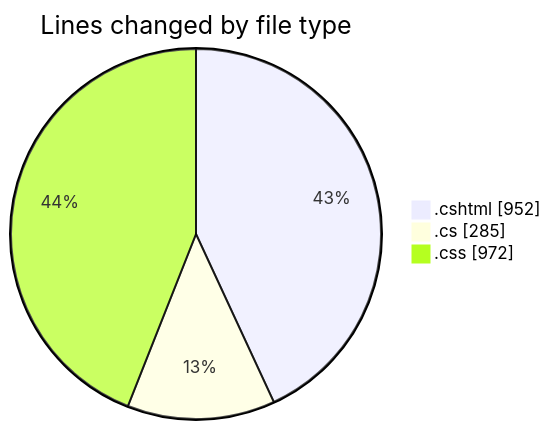
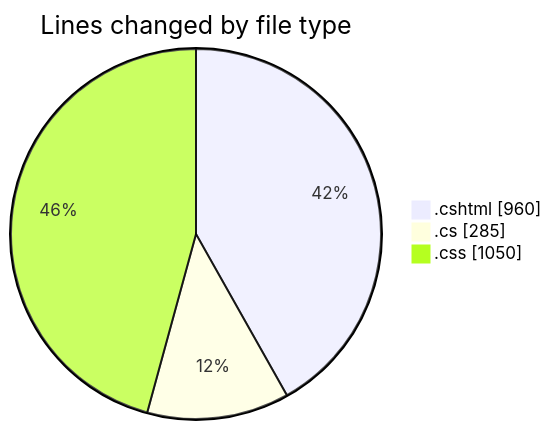
Before and after one commit to lephambinh05/code-tracking: the first of 2 diagrams in 2025-07-18/nhahang/README.md, drawn with Mermaid. The commit also changed other lines of this file and 1 other file, not shown here.

````diff
--- a/2025-07-18/nhahang/README.md
+++ b/2025-07-18/nhahang/README.md
@@ -37,7 +37,7 @@
 ```mermaid
 pie showData
 title Lines changed by file type
-".cshtml" : 952
+".cshtml" : 960
 ".cs" : 285
-".css" : 972
+".css" : 1050
 ```
````
